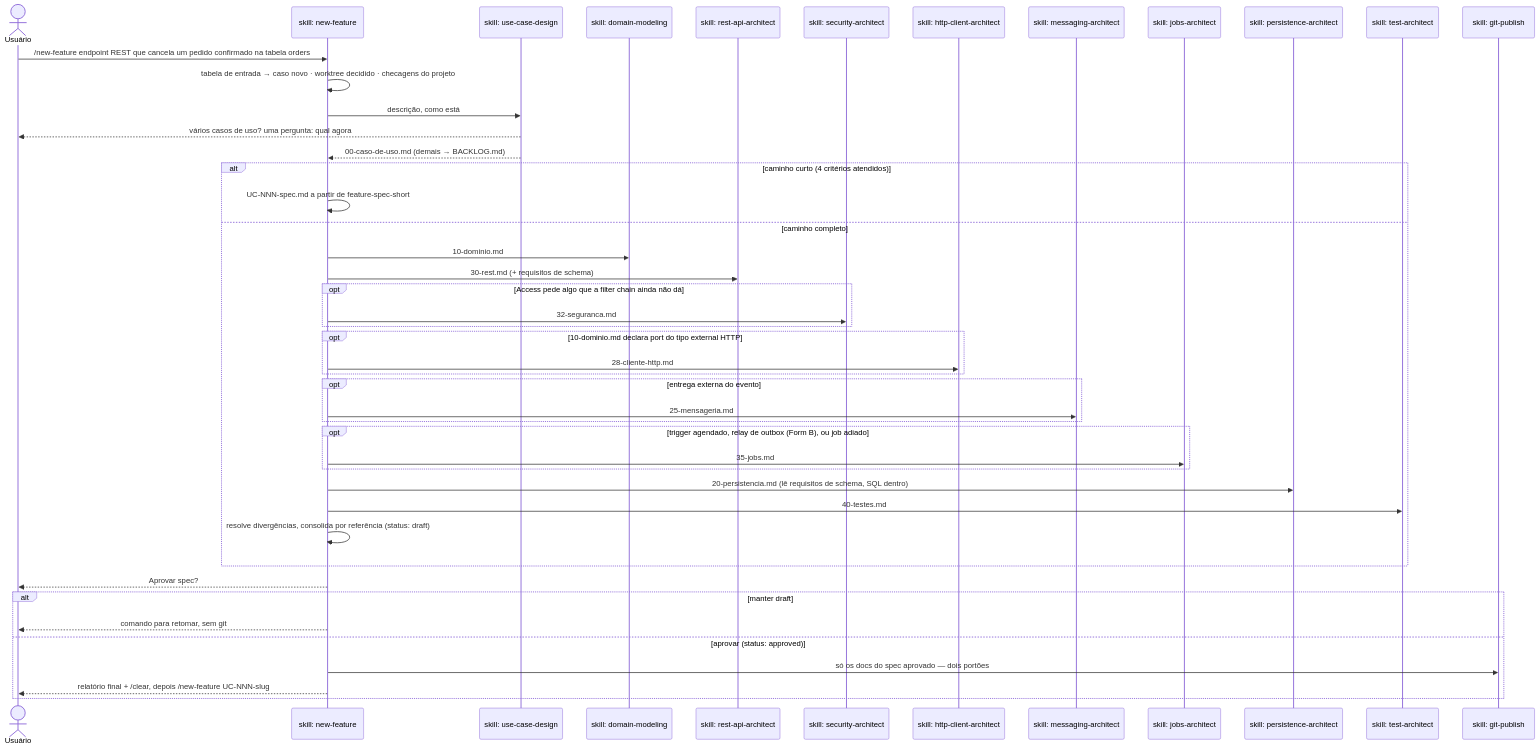
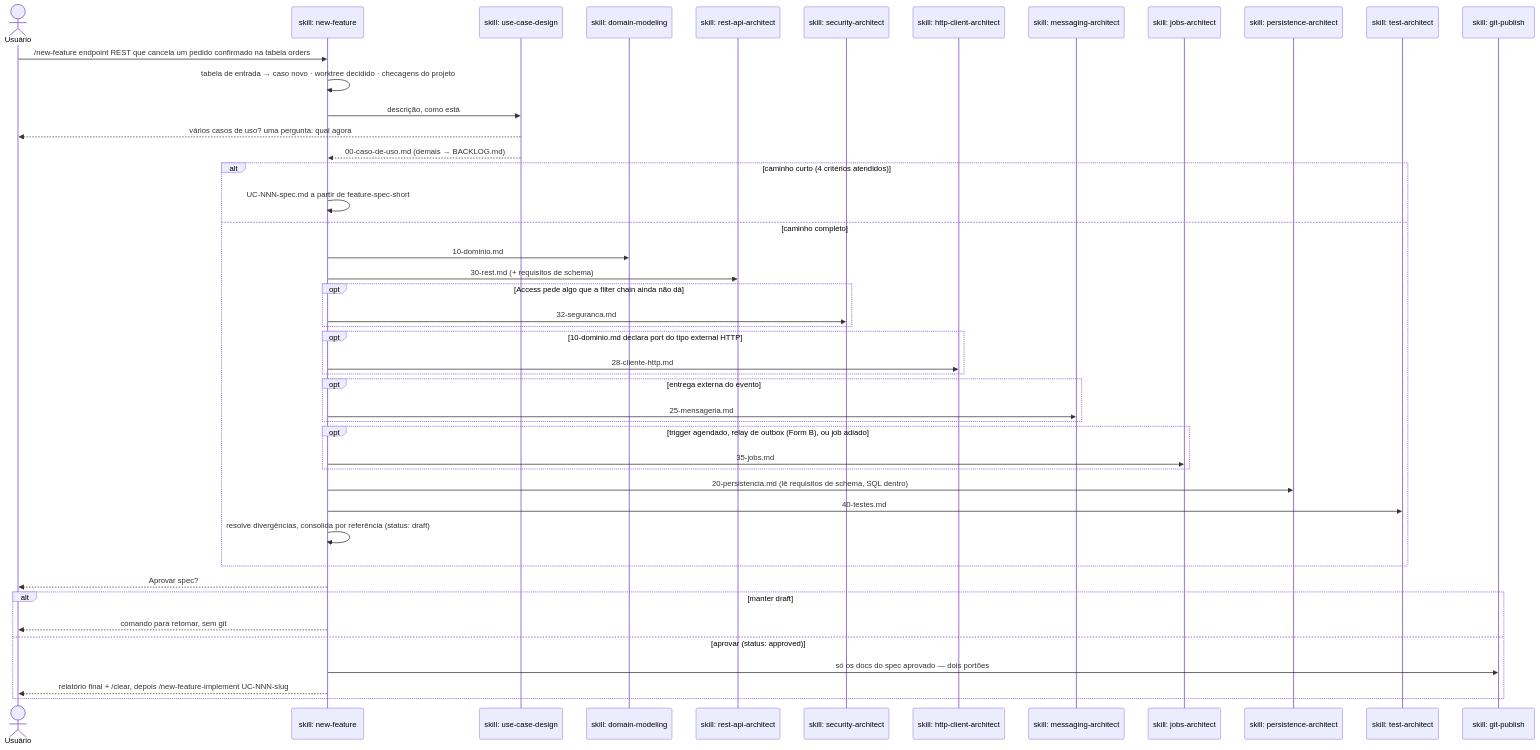
The first of 2 diagrams in docs/pt-br/03-new-feature.md (ice-lfernandes/claude-spring-architect), drawn with Mermaid before and after one commit. The commit also changed other lines of this file and 48 other files, not shown here.

First line of the commit message:
feat: split the implement flow out of /new-feature into /new-feature-implement (#115)

````diff
--- a/docs/pt-br/03-new-feature.md
+++ b/docs/pt-br/03-new-feature.md
@@ -95,49 +98,49 @@
 ```mermaid
 sequenceDiagram
     actor U as Usuário
     participant NF as skill: new-feature
     participant UC as skill: use-case-design
     participant DOM as skill: domain-modeling
     participant REST as skill: rest-api-architect
     participant SEC as skill: security-architect
     participant HTTP as skill: http-client-architect
     participant MSG as skill: messaging-architect
     participant JOBS as skill: jobs-architect
     participant PER as skill: persistence-architect
     participant TST as skill: test-architect
     participant GIT as skill: git-publish
 
     U->>NF: /new-feature endpoint REST que cancela um pedido confirmado na tabela orders
     NF->>NF: tabela de entrada → caso novo · worktree decidido · checagens do projeto
     NF->>UC: descrição, como está
     UC-->>U: vários casos de uso? uma pergunta: qual agora
     UC-->>NF: 00-caso-de-uso.md (demais → BACKLOG.md)
     alt caminho curto (4 critérios atendidos)
         NF->>NF: UC-NNN-spec.md a partir de feature-spec-short
     else caminho completo
         NF->>DOM: 10-dominio.md
         NF->>REST: 30-rest.md (+ requisitos de schema)
         opt Access pede algo que a filter chain ainda não dá
             NF->>SEC: 32-seguranca.md
         end
         opt 10-dominio.md declara port do tipo external HTTP
             NF->>HTTP: 28-cliente-http.md
         end
         opt entrega externa do evento
             NF->>MSG: 25-mensageria.md
         end
         opt trigger agendado, relay de outbox (Form B), ou job adiado
             NF->>JOBS: 35-jobs.md
         end
         NF->>PER: 20-persistencia.md (lê requisitos de schema, SQL dentro)
         NF->>TST: 40-testes.md
         NF->>NF: resolve divergências, consolida por referência (status: draft)
     end
     NF-->>U: Aprovar spec?
     alt manter draft
         NF-->>U: comando para retomar, sem git
     else aprovar (status: approved)
         NF->>GIT: só os docs do spec aprovado — dois portões
-        NF-->>U: relatório final + /clear, depois /new-feature UC-NNN-slug
+        NF-->>U: relatório final + /clear, depois /new-feature-implement UC-NNN-slug
     end
 ```
````
